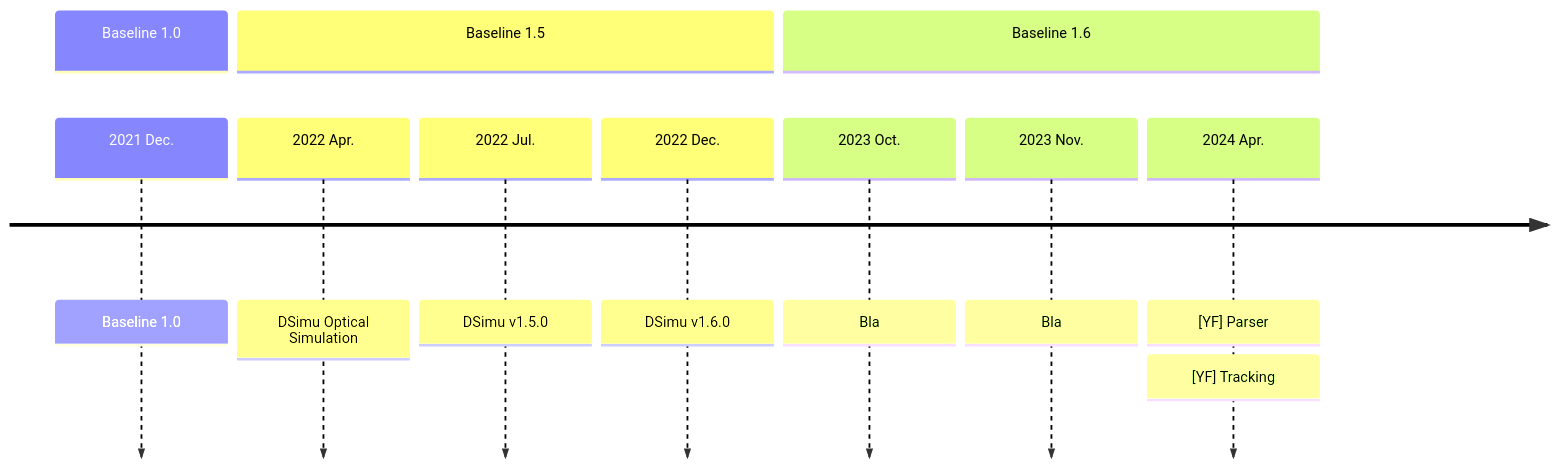
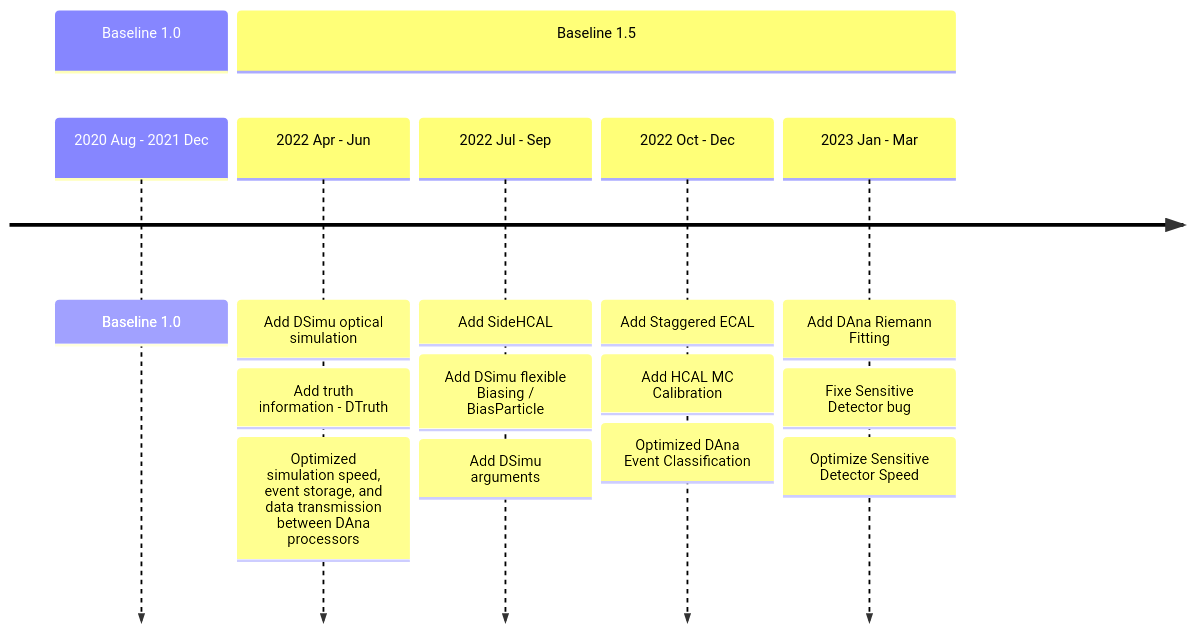
One commit to DarkSHINE-Slides-Xuliang/20240424-workshop changed the second of 3 diagrams in example.md. Above: the diagram before and after it, drawn with Mermaid. The commit also changed other lines of this file and 8 other files, not shown here.

````diff
--- a/example.md
+++ b/example.md
@@ -90,14 +92,18 @@
 ```mermaid
 timeline
     section Baseline 1.0
-    2021 Dec. : Baseline 1.0
+    2020 Aug - 2021 Dec : Baseline 1.0
     section Baseline 1.5
-    2022 Apr. : DSimu Optical Simulation
-    2022 Jul. : DSimu v1.5.0
-    2022 Dec. : DSimu v1.6.0
-    section Baseline 1.6
-    2023 Oct. : Bla
-    2023 Nov. : Bla
-    2024 Apr. : [YF] Parser
-        : [YF] Tracking
+    2022 Apr - Jun : Add DSimu optical simulation
+                   : Add truth information - DTruth
+                   : Optimized simulation speed, event storage, and data transmission between DAna processors
+    2022 Jul - Sep : Add SideHCAL
+                   : Add DSimu flexible Biasing / BiasParticle
+                   : Add DSimu arguments
+    2022 Oct - Dec : Add Staggered ECAL
+                   : Add HCAL MC Calibration
+                   : Optimized DAna Event Classification
+    2023 Jan - Mar : Add DAna Riemann Fitting 
+                   : Fixe Sensitive Detector bug
+                   : Optimize Sensitive Detector Speed
 ```
````
